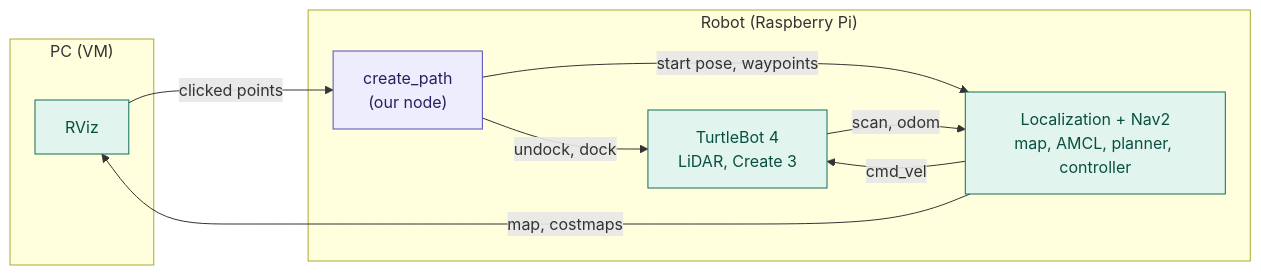
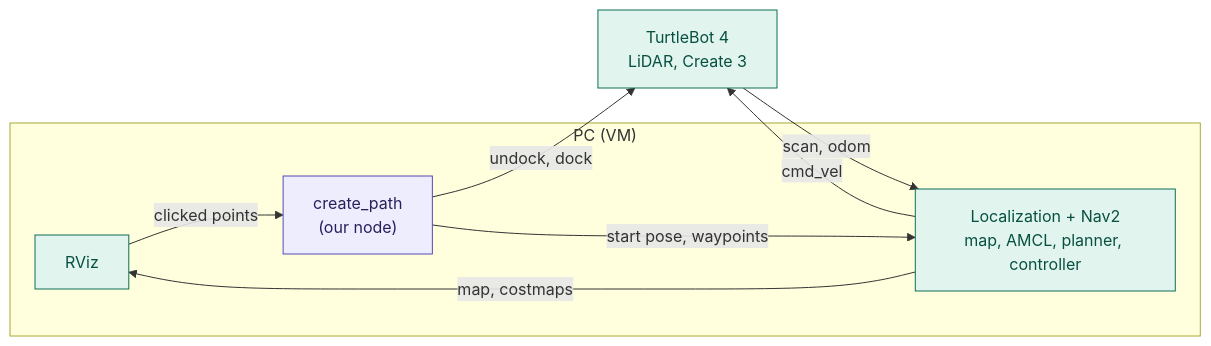
The diagram in robotics_ws/src/day8pkg/README.md (Happy1HappyHappy/Robotics), drawn with Mermaid before and after one commit. The commit also changed other lines of this file and 1 other file, not shown here.

````diff
--- a/robotics_ws/src/day8pkg/README.md
+++ b/robotics_ws/src/day8pkg/README.md
@@ -311,21 +273,19 @@
 ```mermaid
 flowchart LR
     subgraph pc["PC (VM)"]
         rviz["RViz"]
-    end
-    subgraph robot["Robot (Raspberry Pi)"]
         app["create_path<br>(our node)"]
         nav["Localization + Nav2<br>map, AMCL, planner, controller"]
-        bot["TurtleBot 4<br>LiDAR, Create 3"]
     end
+    bot["TurtleBot 4<br>LiDAR, Create 3"]
     rviz -->|"clicked points"| app
     app -->|"undock, dock"| bot
     app -->|"start pose, waypoints"| nav
     bot -->|"scan, odom"| nav
     nav -->|cmd_vel| bot
     nav -->|"map, costmaps"| rviz
     classDef ours fill:#EEEDFE,stroke:#534AB7,color:#26215C
     classDef given fill:#E1F5EE,stroke:#0F6E56,color:#085041
     class app ours
     class rviz,bot,nav given
 ```
````
